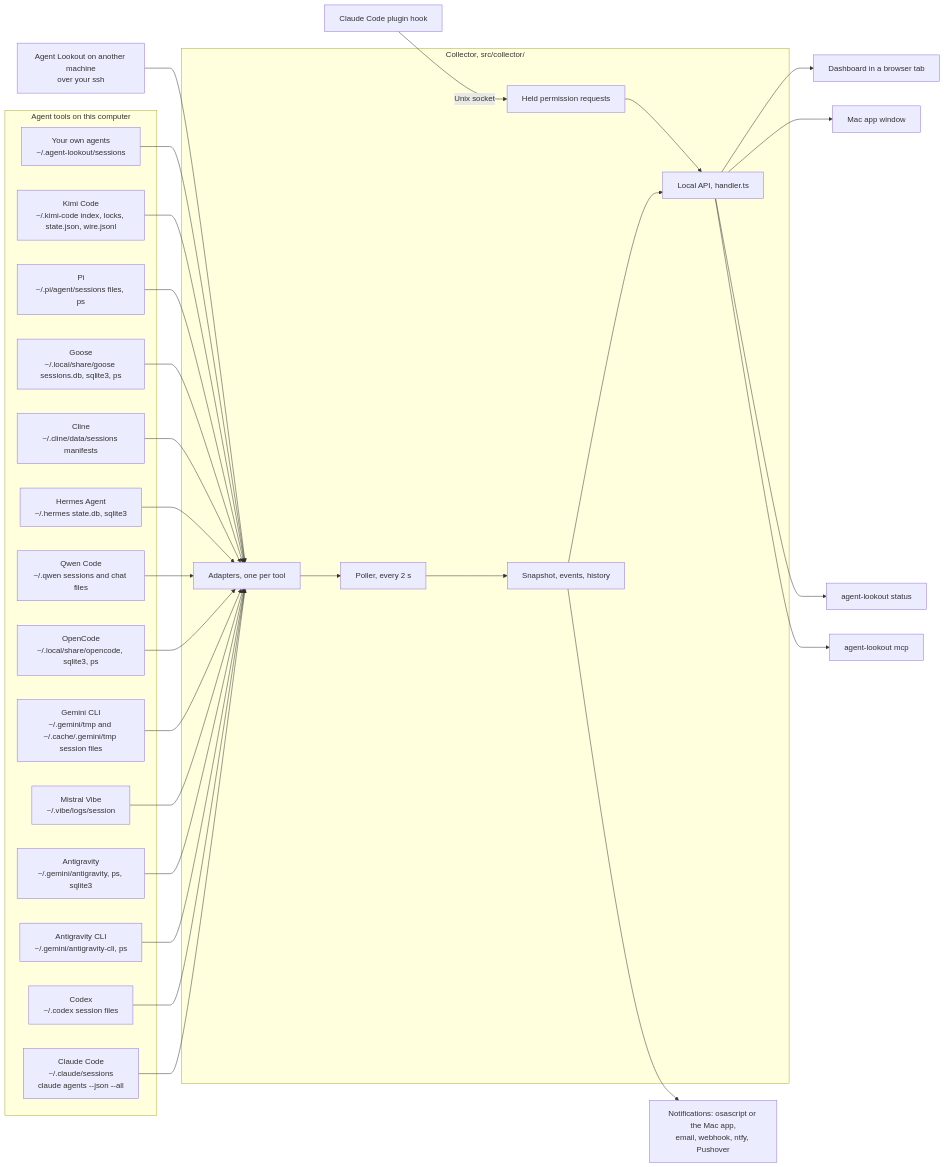
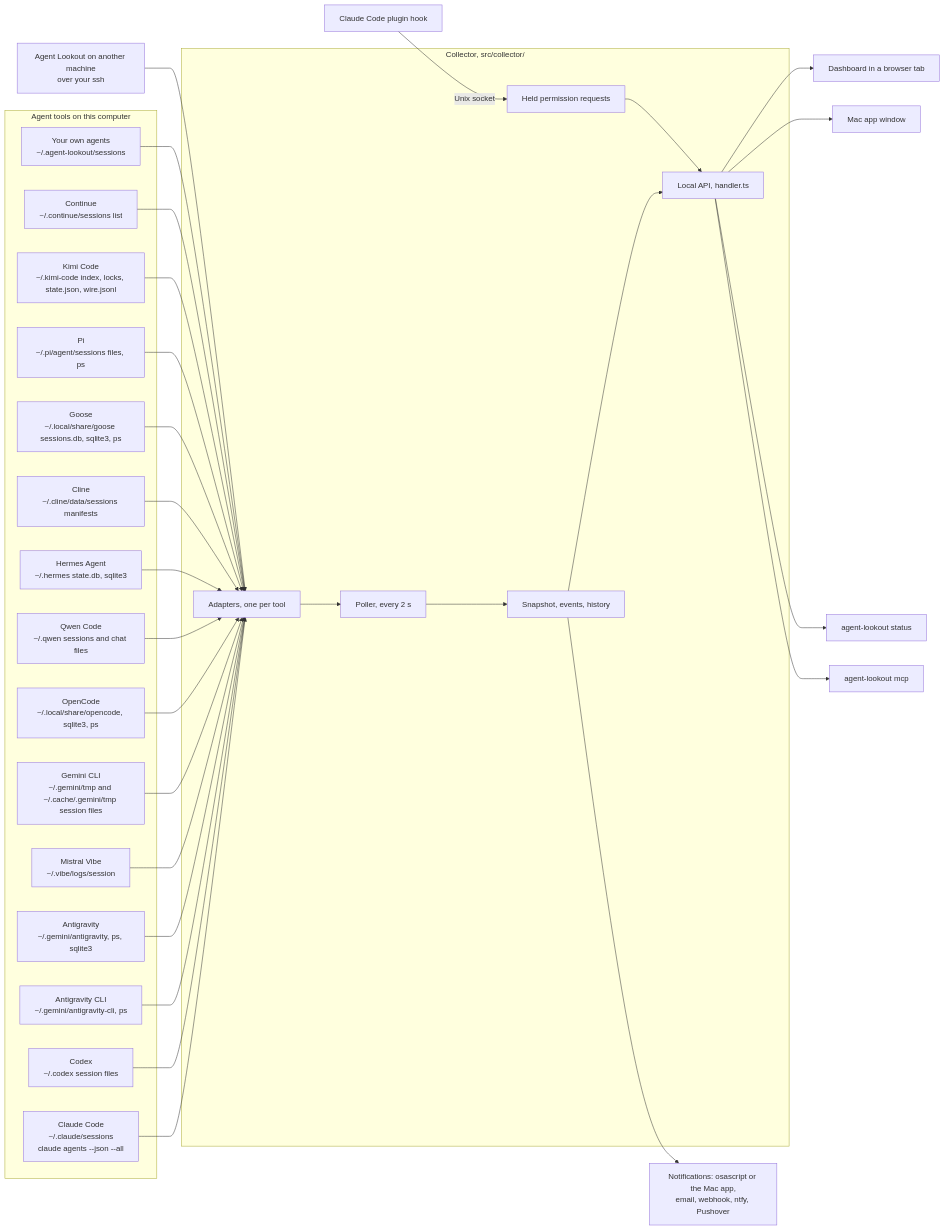
The first of 4 diagrams in docs/TOUR.md (Olanetsoft/agent-lookout), drawn with Mermaid before and after one commit. The commit also changed other lines of this file and 57 other files, not shown here.

````diff
--- a/docs/TOUR.md
+++ b/docs/TOUR.md
@@ -29,51 +29,53 @@
 ```mermaid
 flowchart LR
   subgraph tools["Agent tools on this computer"]
     cc["Claude Code<br/>~/.claude/sessions<br/>claude agents --json --all"]
     cx["Codex<br/>~/.codex session files"]
     ag["Antigravity CLI<br/>~/.gemini/antigravity-cli, ps"]
     aa["Antigravity<br/>~/.gemini/antigravity, ps, sqlite3"]
     mv["Mistral Vibe<br/>~/.vibe/logs/session"]
     gc["Gemini CLI<br/>~/.gemini/tmp and ~/.cache/.gemini/tmp session files"]
     oc["OpenCode<br/>~/.local/share/opencode, sqlite3, ps"]
     qw["Qwen Code<br/>~/.qwen sessions and chat files"]
     ha["Hermes Agent<br/>~/.hermes state.db, sqlite3"]
     cl["Cline<br/>~/.cline/data/sessions manifests"]
     gs["Goose<br/>~/.local/share/goose sessions.db, sqlite3, ps"]
     pi["Pi<br/>~/.pi/agent/sessions files, ps"]
     kc["Kimi Code<br/>~/.kimi-code index, locks, state.json, wire.jsonl"]
+    cn["Continue<br/>~/.continue/sessions list"]
     sf["Your own agents<br/>~/.agent-lookout/sessions"]
   end
   remote["Agent Lookout on another machine<br/>over your ssh"]
   plugin["Claude Code plugin hook"]
   subgraph collector["Collector, src/collector/"]
     adapters["Adapters, one per tool"]
     poller["Poller, every 2 s"]
     snap["Snapshot, events, history"]
     api["Local API, handler.ts"]
     held["Held permission requests"]
   end
   cc --> adapters
   cx --> adapters
   ag --> adapters
   aa --> adapters
   mv --> adapters
   gc --> adapters
   oc --> adapters
   qw --> adapters
   ha --> adapters
   cl --> adapters
   gs --> adapters
   pi --> adapters
   kc --> adapters
+  cn --> adapters
   sf --> adapters
   remote --> adapters
   plugin -->|"Unix socket"| held
   adapters --> poller --> snap --> api
   held --> api
   api --> page["Dashboard in a browser tab"]
   api --> mac["Mac app window"]
   api --> status["agent-lookout status"]
   api --> mcp["agent-lookout mcp"]
   snap --> channels["Notifications: osascript or the Mac app,<br/>email, webhook, ntfy, Pushover"]
 ```
````
